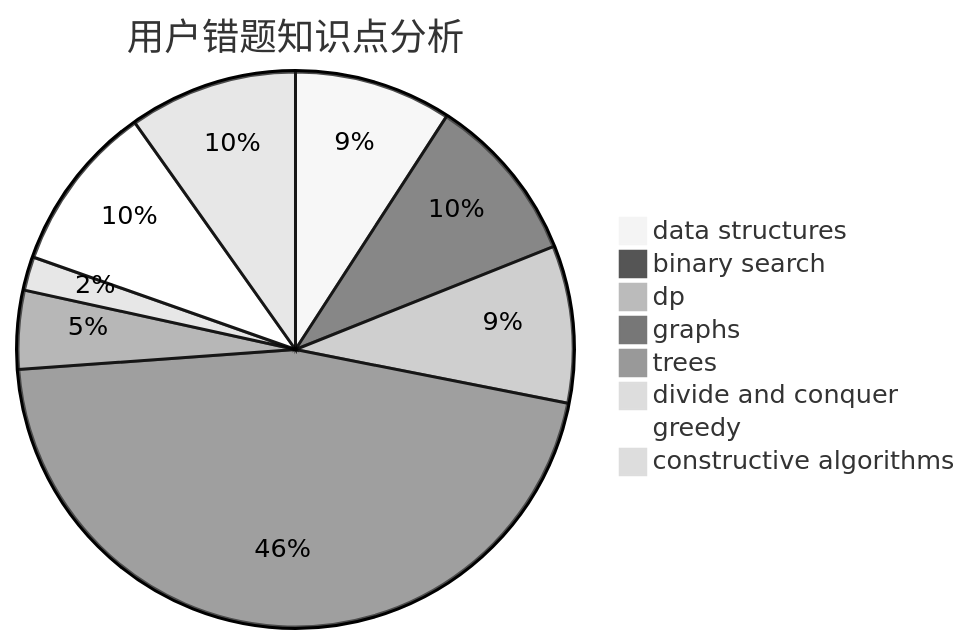
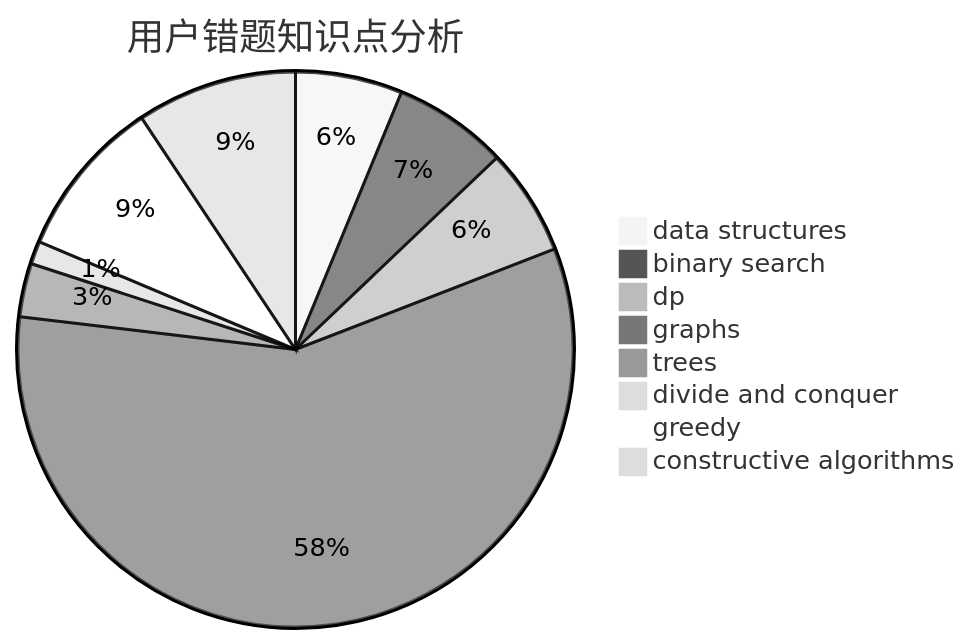
One commit to sherpahu/cfrs.github.io changed the third of 3 diagrams in docs/user/u1130.md. Above: the diagram before and after it, drawn with Mermaid (neutral theme). The commit also changed other lines of this file and 2770 other files, not shown here.

````diff
--- a/docs/user/u1130.md
+++ b/docs/user/u1130.md
@@ -36,11 +36,11 @@
 ```mermaid
 pie title 用户错题知识点分析
     "data structures" :  14
     "binary search" :  15
     "dp" :  14
-    "graphs" :  70
+    "graphs" :  130
     "trees" :  7
     "divide and conquer" :  3
-    "greedy" :  15
-    "constructive algorithms" :  15
+    "greedy" :  21
+    "constructive algorithms" :  21
 ```
````
